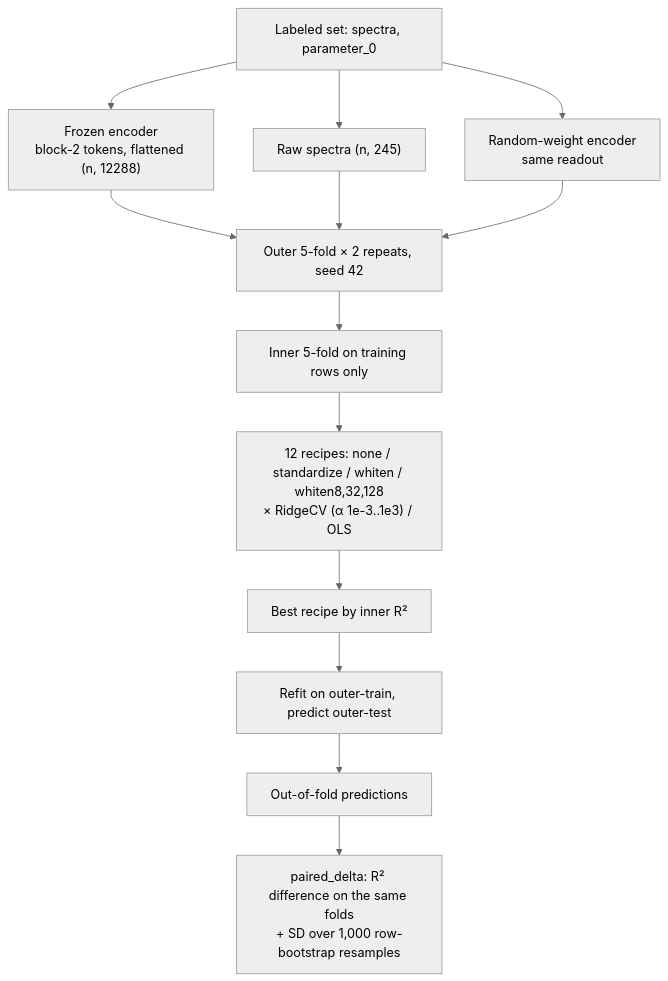
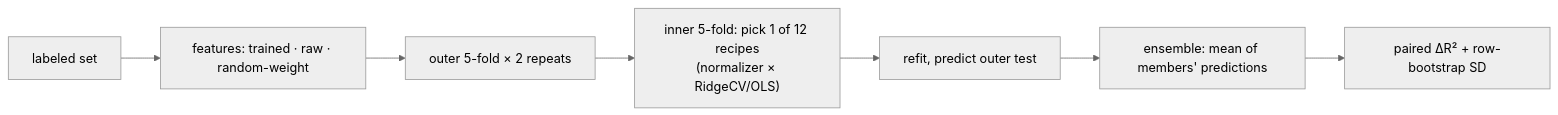
Before and after one commit to h-cohen/SpectralFM-jepa: the sixth of 7 diagrams in docs/TRAINING_REPORT.md, drawn with Mermaid (neutral theme). The commit also changed other lines of this file and 7 other files, not shown here.

````diff
--- a/docs/TRAINING_REPORT.md
+++ b/docs/TRAINING_REPORT.md
@@ -239,13 +147,9 @@
 ```mermaid
-flowchart TB
-    D["Labeled set: spectra, parameter_0"] --> FX["Frozen encoder<br/>block-2 tokens, flattened (n, 12288)"]
-    D --> RW["Raw spectra (n, 245)"]
-    D --> RD["Random-weight encoder<br/>same readout"]
-    FX & RW & RD --> O["Outer 5-fold × 2 repeats, seed 42"]
-    O --> I["Inner 5-fold on training rows only"]
-    I --> RC["12 recipes: none / standardize / whiten / whiten8,32,128<br/>× RidgeCV (α 1e-3..1e3) / OLS"]
-    RC --> SEL["Best recipe by inner R²"]
-    SEL --> FIT["Refit on outer-train, predict outer-test"]
-    FIT --> OOF["Out-of-fold predictions"]
-    OOF --> PD["paired_delta: R² difference on the same folds<br/>+ SD over 1,000 row-bootstrap resamples"]
+flowchart LR
+    D["labeled set"] --> F["features: trained · raw · random-weight"]
+    F --> O["outer 5-fold × 2 repeats"]
+    O --> I["inner 5-fold: pick 1 of 12 recipes<br/>(normalizer × RidgeCV/OLS)"]
+    I --> P["refit, predict outer test"]
+    P --> M["ensemble: mean of members' predictions"]
+    M --> D2["paired ΔR² + row-bootstrap SD"]
 ```
````
